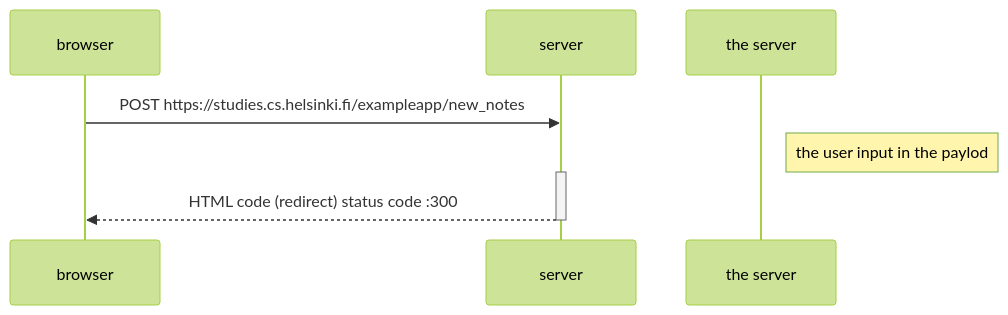
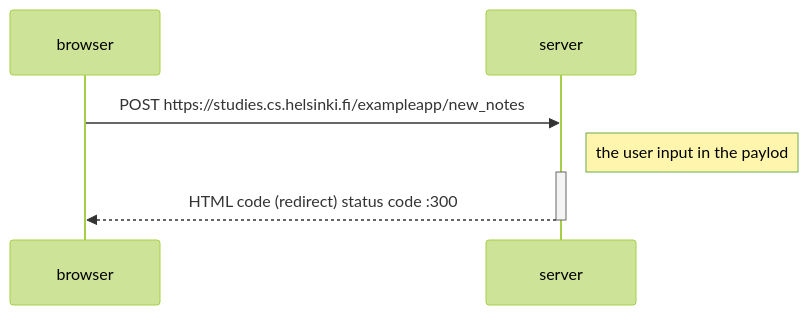
The diagram in 0.4.md (andersonkwok/git001), drawn with Mermaid (forest theme) before and after one commit.

````diff
--- a/0.4.md
+++ b/0.4.md
@@ -2,12 +2,12 @@
 ```mermaid
 sequenceDiagram
     participant browser
     participant server
 
     browser->>server: POST https://studies.cs.helsinki.fi/exampleapp/new_notes
-    Note right of the server: the user input in the paylod
+    Note right of server: the user input in the paylod
     activate server
     server-->>browser: HTML code (redirect) status code :300
     deactivate server
 
 ```
````
